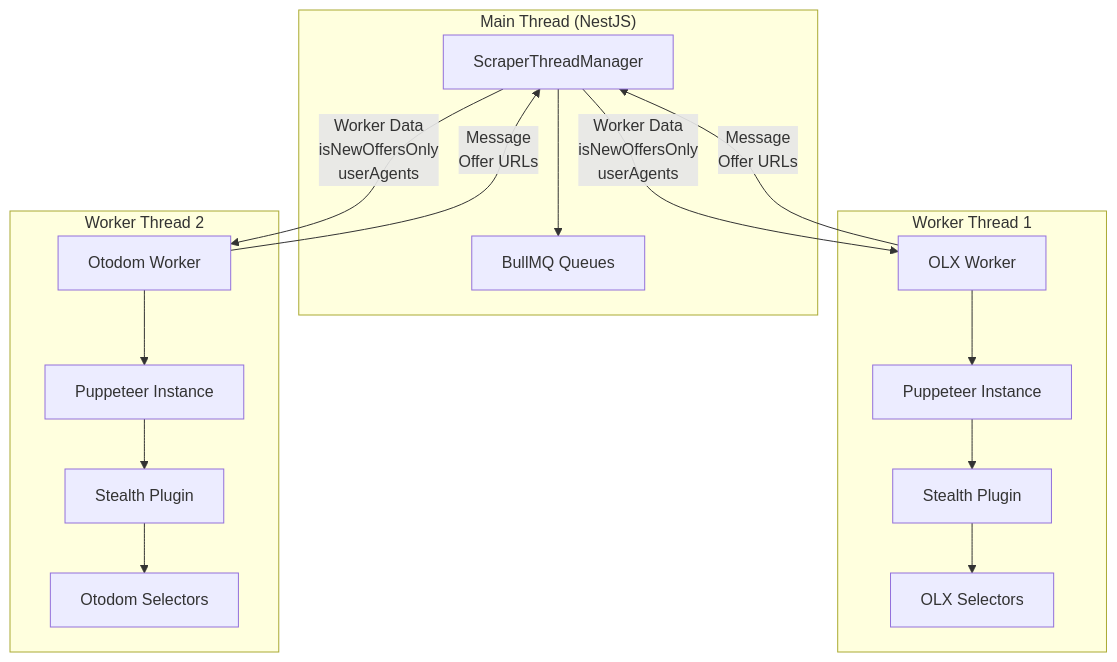
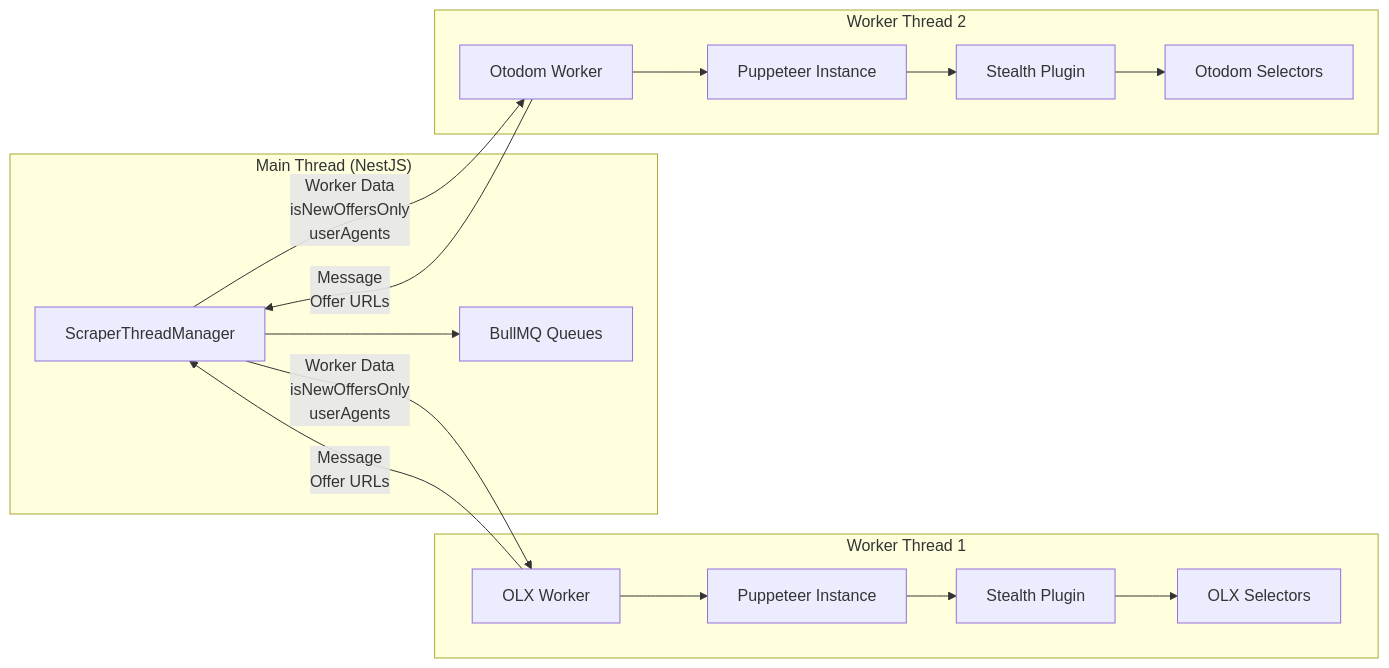
Before and after one commit to Drake3001/Wakacyjne-Wyzwanie---backend-Mieszkaniownik: the sixth of 8 diagrams in README.md, drawn with Mermaid. The commit also changed other lines of this file and 1 other file, not shown here.

````diff
--- a/README.md
+++ b/README.md
@@ -352,37 +352,37 @@
 ```mermaid
-graph TB
+graph LR
     subgraph "Main Thread (NestJS)"
         STM[ScraperThreadManager]
         QUEUES[BullMQ Queues]
     end
 
     subgraph "Worker Thread 1"
         EOW_MAIN[OLX Worker]
         EOW_PUPPETEER[Puppeteer Instance]
         EOW_STEALTH[Stealth Plugin]
         EOW_SELECTORS[OLX Selectors]
     end
 
     subgraph "Worker Thread 2"
         EOTW_MAIN[Otodom Worker]
         EOTW_PUPPETEER[Puppeteer Instance]
         EOTW_STEALTH[Stealth Plugin]
         EOTW_SELECTORS[Otodom Selectors]
     end
 
     STM -->|Worker Data<br/>isNewOffersOnly<br/>userAgents| EOW_MAIN
     STM -->|Worker Data<br/>isNewOffersOnly<br/>userAgents| EOTW_MAIN
 
     EOW_MAIN --> EOW_PUPPETEER
     EOW_PUPPETEER --> EOW_STEALTH
     EOW_STEALTH --> EOW_SELECTORS
 
     EOTW_MAIN --> EOTW_PUPPETEER
     EOTW_PUPPETEER --> EOTW_STEALTH
     EOTW_STEALTH --> EOTW_SELECTORS
 
     EOW_MAIN -->|Message<br/>Offer URLs| STM
     EOTW_MAIN -->|Message<br/>Offer URLs| STM
 
         STM --> QUEUES
 ```
````
